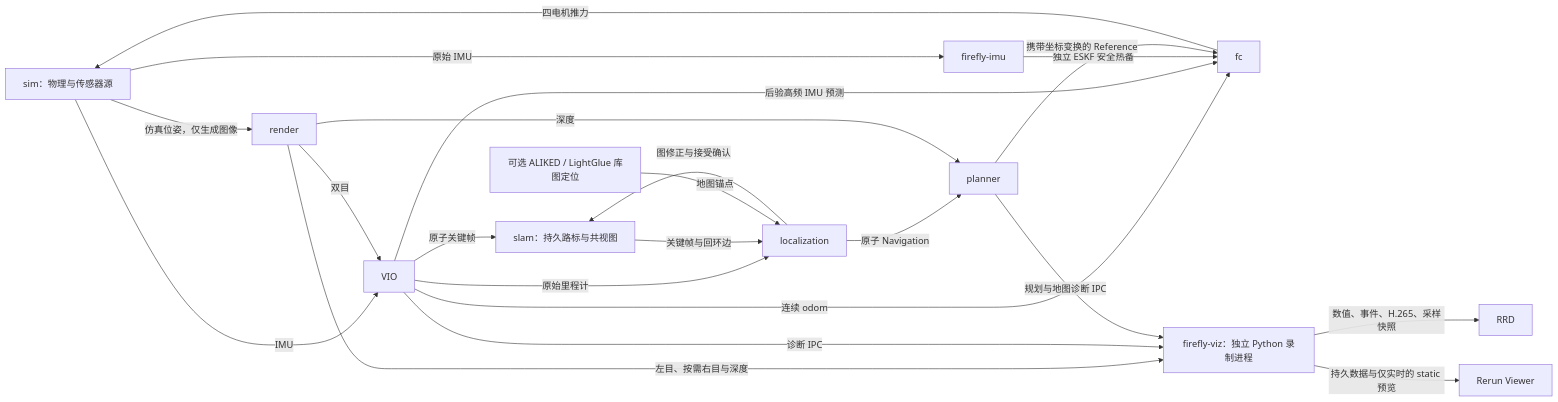
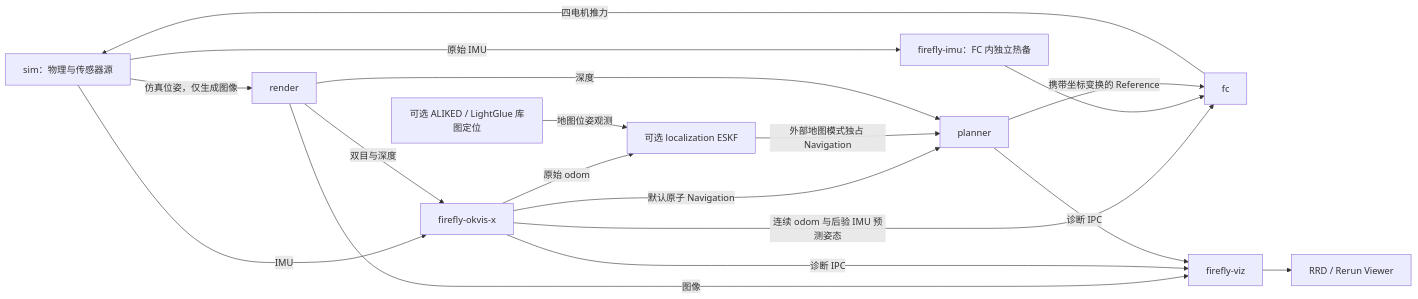
Before and after one commit to 3SE-Competitive-Robotics-Team/firefly: the first of 2 diagrams in docs/architecture.md, drawn with Mermaid. The commit also changed other lines of this file and 106 other files, not shown here.

Commit message:
refactor(okvis2-x): 退役旧 VIO 与回环链路并切换默认进程

````diff
--- a/docs/architecture.md
+++ b/docs/architecture.md
@@ -11,24 +11,20 @@
 ```mermaid
 flowchart LR
-    SIM[sim：物理与传感器源] -->|IMU| V[VIO]
+    SIM[sim：物理与传感器源] -->|IMU| V[firefly-okvis-x]
     SIM -->|仿真位姿，仅生成图像| R[render]
-    R -->|双目| V
-    V -->|连续 odom| F[fc]
-    SIM -->|原始 IMU| I[firefly-imu]
-    V -->|后验高频 IMU 预测| F
-    I -->|独立 ESKF 安全热备| F
+    R -->|双目与深度| V
+    V -->|连续 odom 与后验 IMU 预测姿态| F[fc]
+    SIM -->|原始 IMU| I[firefly-imu：FC 内独立热备]
+    I --> F
     F -->|四电机推力| SIM
-    V -->|原子关键帧| S[slam：持久路标与共视图]
-    V -->|原始里程计| L[localization]
-    S -->|关键帧与回环边| L
-    L -->|图修正与接受确认| S
-    A[可选 ALIKED / LightGlue 库图定位] -->|地图锚点| L
-    L -->|原子 Navigation| P[planner]
+    V -->|默认原子 Navigation| P[planner]
+    V -->|原始 odom| L[可选 localization ESKF]
+    A[可选 ALIKED / LightGlue 库图定位] -->|地图位姿观测| L
+    L -->|外部地图模式独占 Navigation| P
     R -->|深度| P
     P -->|携带坐标变换的 Reference| F
-    R -->|左目、按需右目与深度| D[firefly-viz：独立 Python 录制进程]
+    R -->|图像| D[firefly-viz]
     V -->|诊断 IPC| D
-    P -->|规划与地图诊断 IPC| D
-    D -->|数值、事件、H.265、采样快照| RRD[RRD]
-    D -->|持久数据与仅实时的 static 预览| RV[Rerun Viewer]
+    P -->|诊断 IPC| D
+    D --> RRD[RRD / Rerun Viewer]
 ```
````
